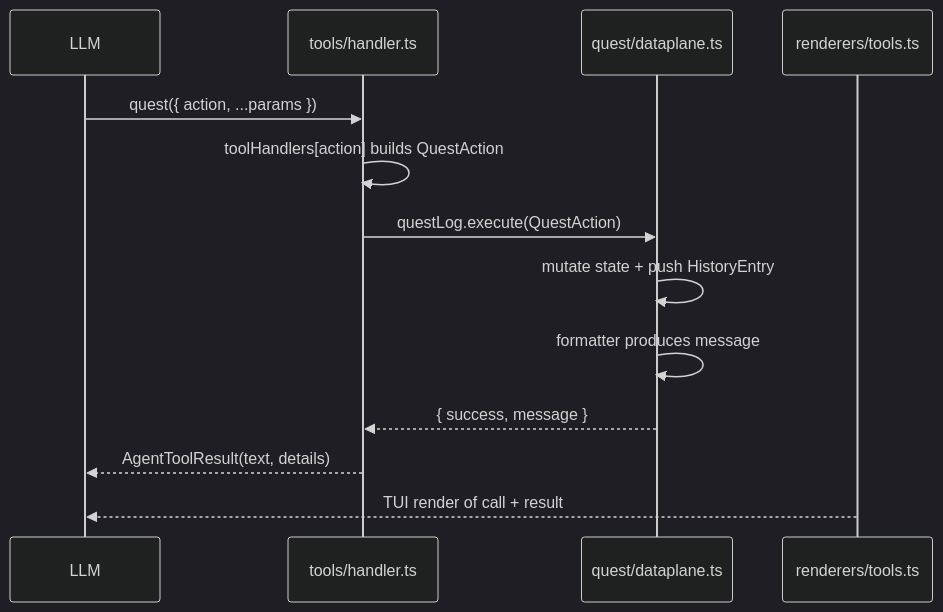
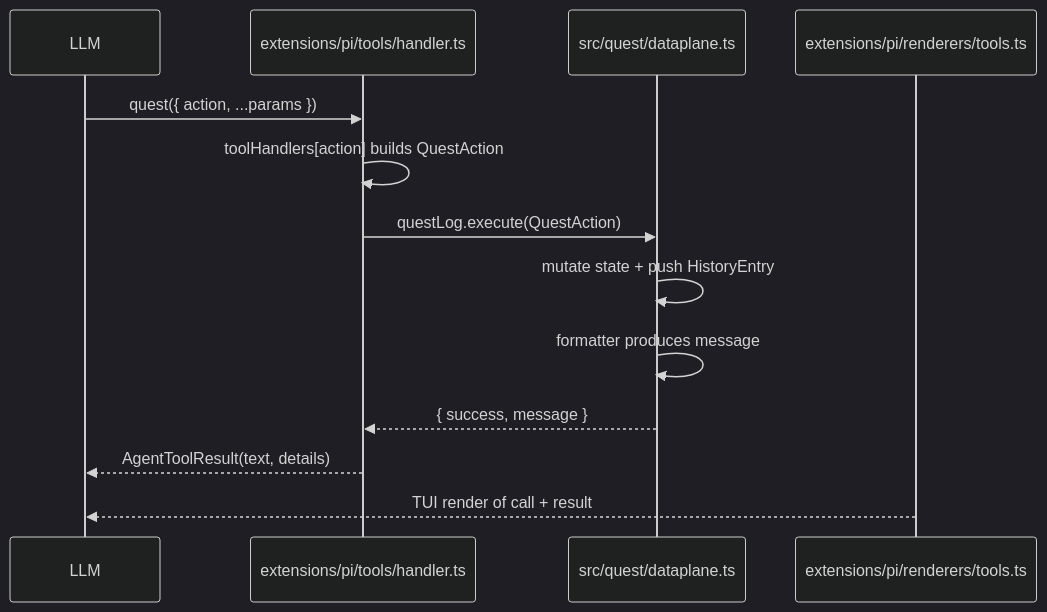
One commit to kalindudc/quests changed the second of 4 diagrams in docs/architecture.md. Above: the diagram before and after it, drawn with Mermaid (dark theme). The commit also changed other lines of this file and 104 other files, not shown here.

````diff
--- a/docs/architecture.md
+++ b/docs/architecture.md
@@ -66,16 +125,16 @@
 ```mermaid
 sequenceDiagram
     participant LLM
-    participant questTool as tools/handler.ts
-    participant dataplane as quest/dataplane.ts
-    participant renderers as renderers/tools.ts
+    participant questTool as extensions/pi/tools/handler.ts
+    participant dataplane as src/quest/dataplane.ts
+    participant renderers as extensions/pi/renderers/tools.ts
 
     LLM->>questTool: quest({ action, ...params })
     questTool->>questTool: toolHandlers[action] builds QuestAction
     questTool->>dataplane: questLog.execute(QuestAction)
     dataplane->>dataplane: mutate state + push HistoryEntry
     dataplane->>dataplane: formatter produces message
     dataplane-->>questTool: { success, message }
     questTool-->>LLM: AgentToolResult(text, details)
     renderers-->>LLM: TUI render of call + result
 ```
````
